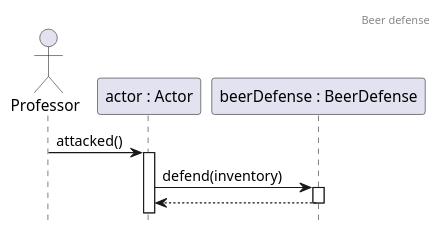
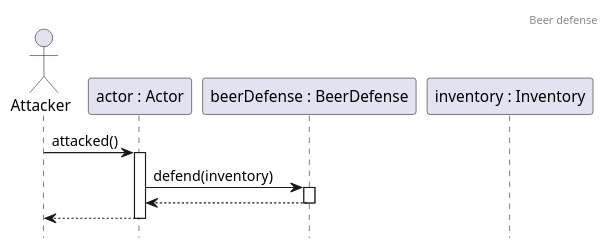
The diagram in docs/sequence/defense/BeerDefense.puml (Kristof-me/Logarlec), drawn with PlantUML before and after one commit. The commit also changed 48 other files, not shown here.

```diff
--- a/docs/sequence/defense/BeerDefense.puml
+++ b/docs/sequence/defense/BeerDefense.puml
@@ -1,25 +1,16 @@
 @startuml BeerDefense
 header Beer defense
 hide footbox
 
 ' csak mi tudjuk, hogy ők azok, de ez generikus igazából 
-actor prof as "Professor"
+actor prof as "Attacker"
 participant student as "actor : Actor"
 participant beerDefense as "beerDefense : BeerDefense"
-participant beerDefense as "inventory : Inventory"
+participant inventory as "inventory : Inventory"
 
 prof -> student ++ : attacked()
 student -> beerDefense ++ : defend(inventory)
 return 
-
-/' 
-igazából itt semmi nem történik az inventory-val
-megjegyzés: a class diagrammon csak a beer defense-nek 
-van tick()-je, ami ebben a formában nem hívható meg
-feljebb kéne vinni a DefenseStrategy-be
-
-lehet itt is a tick-nek bool-ban kéne visszaadnia, hogy
-aktív-e még ez az effekt
-'/
+return
 
 @enduml
```
